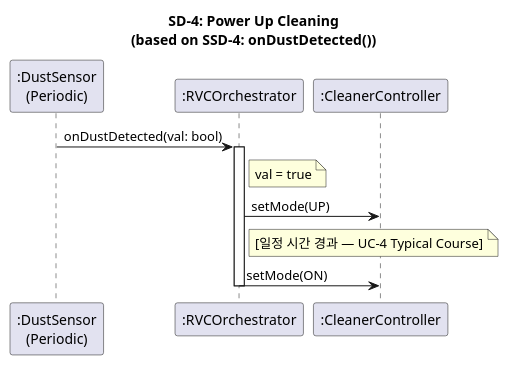
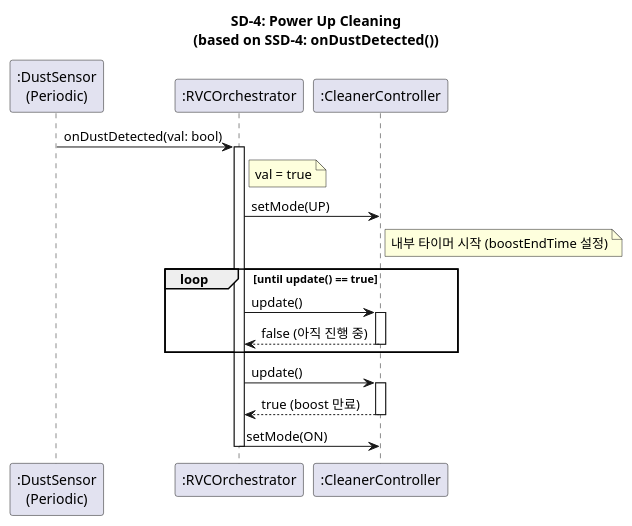
The fourth of 4 diagrams in docs/vibe-coding/03-ood/sequence-diagrams.mdx (OOP-konkuk/CICD-Team7), drawn with PlantUML before and after one commit. The commit also changed 6 other files, not shown here.

First line of the commit message:
feat(ood/ooi): Add boost timer to CleanerController for UC-4 power-up duration

````diff
--- a/docs/vibe-coding/03-ood/sequence-diagrams.mdx
+++ b/docs/vibe-coding/03-ood/sequence-diagrams.mdx
@@ -162,17 +162,30 @@
 ```plantuml
 @startuml SD4_PowerUpCleaning
 title SD-4: Power Up Cleaning\n(based on SSD-4: onDustDetected())
 
 participant ":DustSensor\n(Periodic)" as DS
 participant ":RVCOrchestrator" as Orch
 participant ":CleanerController" as Cleaner
 
 DS -> Orch : onDustDetected(val: bool)
 activate Orch
 note right of Orch : val = true
 Orch -> Cleaner : setMode(UP)
-note right of Orch : [일정 시간 경과 — UC-4 Typical Course]
+note right of Cleaner : 내부 타이머 시작 (boostEndTime 설정)
+
+loop until update() == true
+  Orch -> Cleaner : update()
+  activate Cleaner
+  Cleaner --> Orch : false (아직 진행 중)
+  deactivate Cleaner
+end
+
+Orch -> Cleaner : update()
+activate Cleaner
+Cleaner --> Orch : true (boost 만료)
+deactivate Cleaner
+
 Orch -> Cleaner : setMode(ON)
 deactivate Orch
 @enduml
 ```
````
